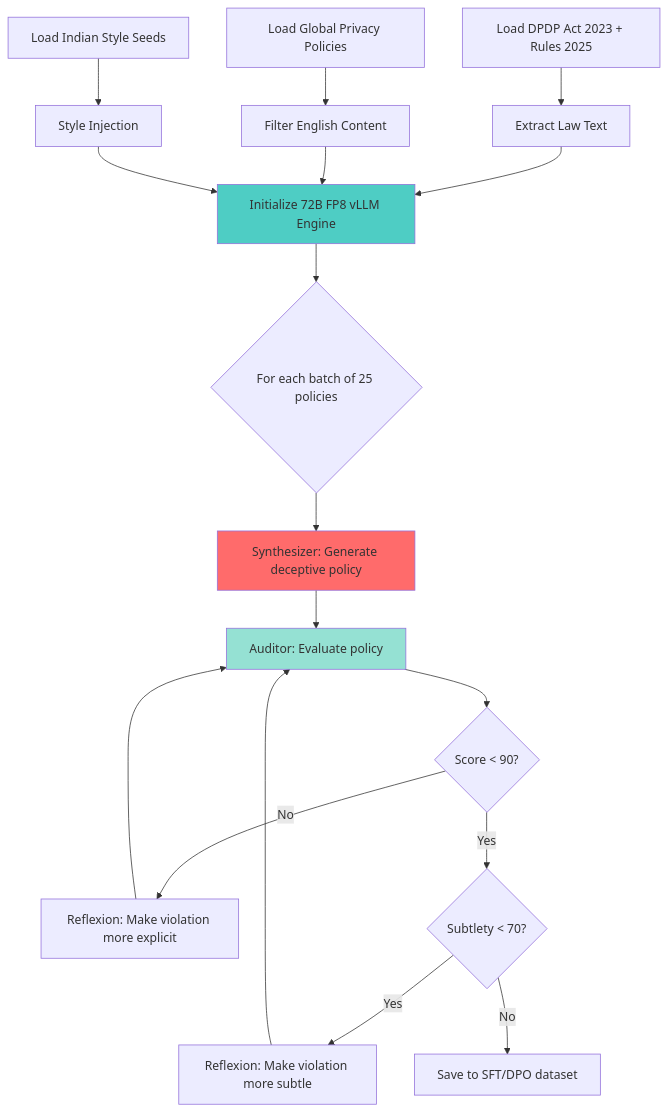
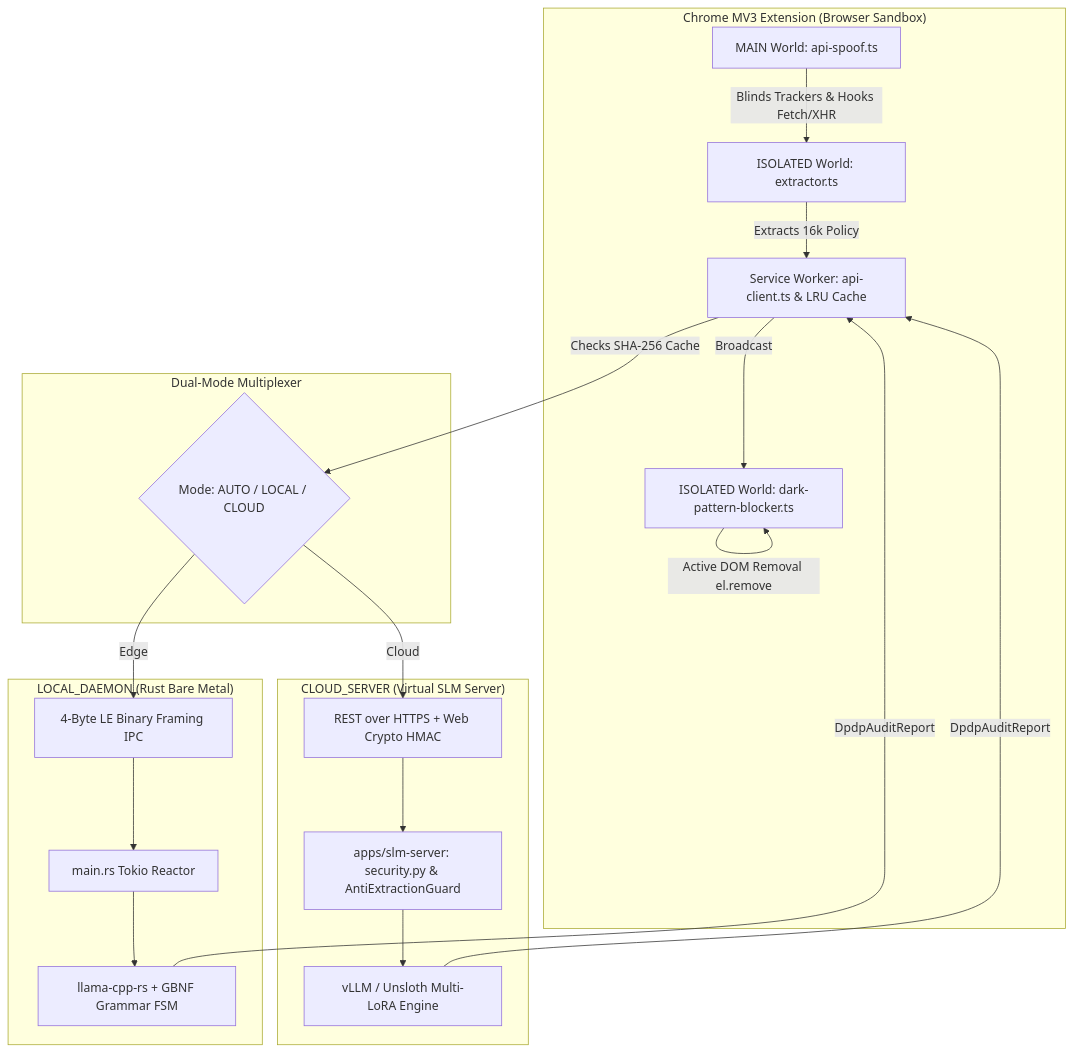
One commit to priyanshu-ogdev/Ssense changed the first of 3 diagrams in docs/DESIGN.md. Above: the diagram before and after it, drawn with Mermaid. The commit also changed other lines of this file and 13 other files, not shown here.

````diff
--- a/docs/DESIGN.md
+++ b/docs/DESIGN.md
@@ -25,25 +23,35 @@
 ```mermaid
 graph TB
-    A[Load DPDP Act 2023 + Rules 2025] --> B[Extract Law Text]
-    C[Load Global Privacy Policies] --> D[Filter English Content]
-    E[Load Indian Style Seeds] --> F[Style Injection]
-    
-    B --> G[Initialize 72B FP8 vLLM Engine]
-    D --> G
-    F --> G
-    
-    G --> H{For each batch of 25 policies}
-    H --> I[Synthesizer: Generate deceptive policy]
-    I --> J[Auditor: Evaluate policy]
-    J --> K{Score < 90?}
-    K -->|No| L[Reflexion: Make violation more explicit]
-    K -->|Yes| M{Subtlety < 70?}
-    M -->|Yes| N[Reflexion: Make violation more subtle]
-    M -->|No| O[Save to SFT/DPO dataset]
-    L --> J
-    N --> J
-    
-    style G fill:#4ecdc4
-    style I fill:#ff6b6b
-    style J fill:#95e1d3
+    subgraph "Chrome MV3 Extension (Browser Sandbox)"
+        A[MAIN World: api-spoof.ts]
+        B[ISOLATED World: extractor.ts]
+        C[ISOLATED World: dark-pattern-blocker.ts]
+        D[Service Worker: api-client.ts & LRU Cache]
+    end
+
+    subgraph "Dual-Mode Multiplexer"
+        E{Mode: AUTO / LOCAL / CLOUD}
+    end
+
+    subgraph "LOCAL_DAEMON (Rust Bare Metal)"
+        F[4-Byte LE Binary Framing IPC]
+        G[main.rs Tokio Reactor]
+        H[llama-cpp-rs + GBNF Grammar FSM]
+    end
+
+    subgraph "CLOUD_SERVER (Virtual SLM Server)"
+        I[REST over HTTPS + Web Crypto HMAC]
+        J[apps/slm-server: security.py & AntiExtractionGuard]
+        K[vLLM / Unsloth Multi-LoRA Engine]
+    end
+
+    A -->|Blinds Trackers & Hooks Fetch/XHR| B
+    B -->|Extracts 16k Policy| D
+    D -->|Checks SHA-256 Cache| E
+    E -->|Edge| F --> G --> H
+    E -->|Cloud| I --> J --> K
+    H -->|DpdpAuditReport| D
+    K -->|DpdpAuditReport| D
+    D -->|Broadcast| C
+    C -->|Active DOM Removal el.remove| C
 ```
````
